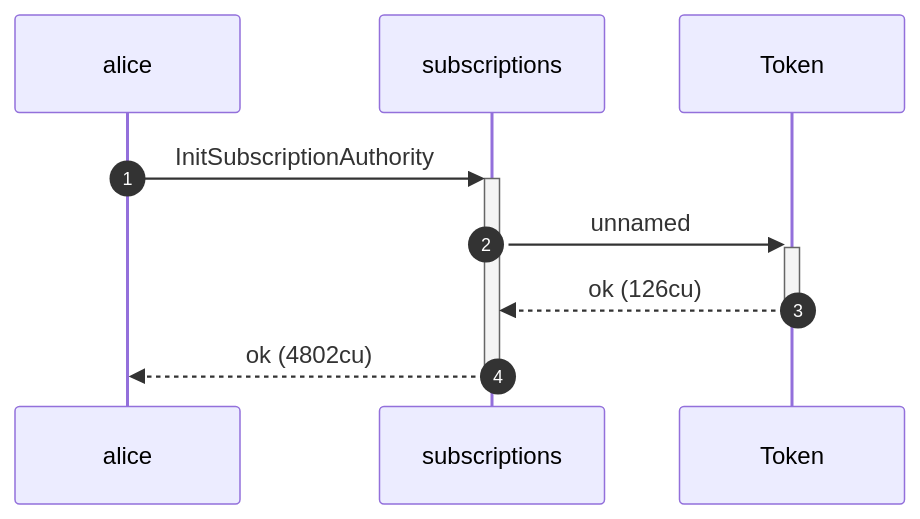
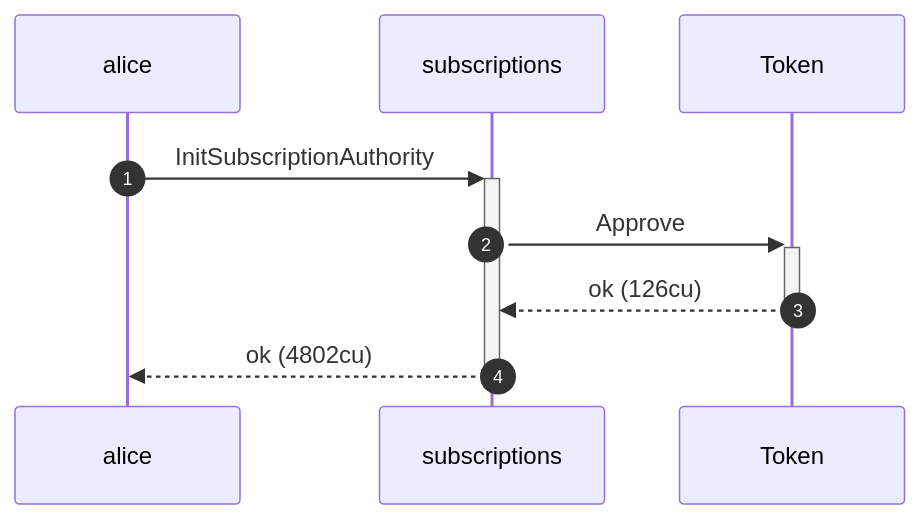
The sixth of 8 diagrams in dsl_tests/idempotent-init-preserves-the-original-payer.md (cds-rs/subscriptions), drawn with Mermaid before and after one commit. The commit also changed other lines of this file and 219 other files, not shown here.

````diff
--- a/dsl_tests/idempotent-init-preserves-the-original-payer.md
+++ b/dsl_tests/idempotent-init-preserves-the-original-payer.md
@@ -124,11 +124,11 @@
 ```mermaid
 sequenceDiagram
     autonumber
     participant alice
     participant subscriptions
     participant Token
     alice ->>+ subscriptions: InitSubscriptionAuthority
-    subscriptions ->>+ Token: unnamed
+    subscriptions ->>+ Token: Approve
     Token -->>- subscriptions: ok (126cu)
     subscriptions -->>- alice: ok (4802cu)
 ```
````
